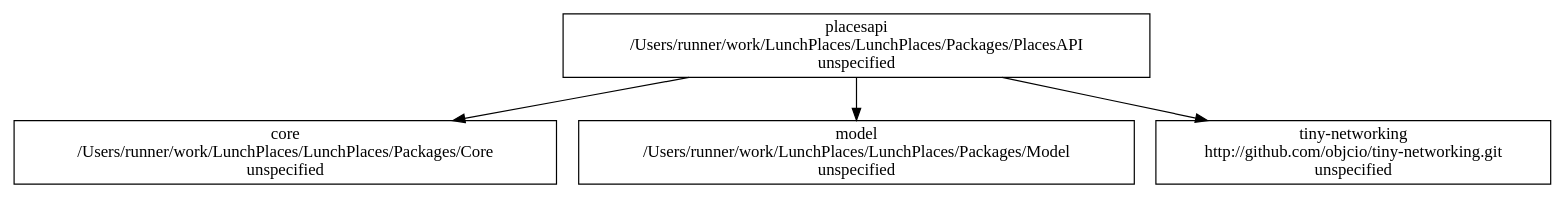
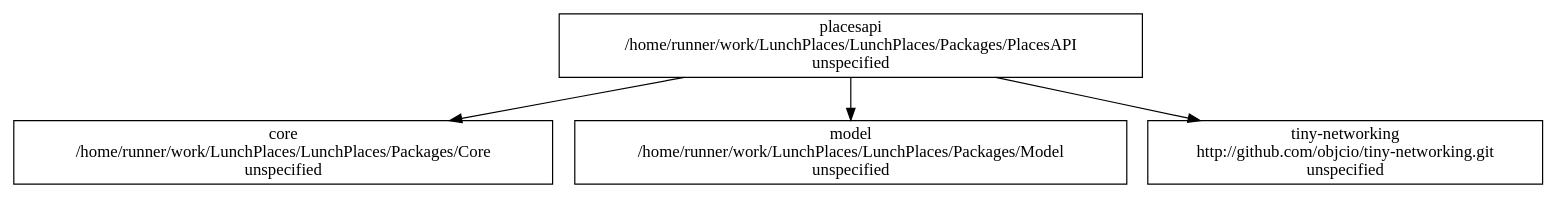
The diagram in Packages/PlacesAPI/images/dependencies.dot (mgacy/LunchPlaces), drawn with Graphviz before and after one commit. The commit also changed 7 other files, not shown here.

Commit message:
Update package dependency graphs

```diff
--- a/Packages/PlacesAPI/images/dependencies.dot
+++ b/Packages/PlacesAPI/images/dependencies.dot
@@ -1,10 +1,10 @@
 digraph DependenciesGraph {
 node [shape = box]
-"/Users/runner/work/LunchPlaces/LunchPlaces/Packages/PlacesAPI" [label="placesapi\n/Users/runner/work/LunchPlaces/LunchPlaces/Packages/PlacesAPI\nunspecified"]
-"/Users/runner/work/LunchPlaces/LunchPlaces/Packages/Core" [label="core\n/Users/runner/work/LunchPlaces/LunchPlaces/Packages/Core\nunspecified"]
-"/Users/runner/work/LunchPlaces/LunchPlaces/Packages/PlacesAPI" -> "/Users/runner/work/LunchPlaces/LunchPlaces/Packages/Core"
-"/Users/runner/work/LunchPlaces/LunchPlaces/Packages/Model" [label="model\n/Users/runner/work/LunchPlaces/LunchPlaces/Packages/Model\nunspecified"]
-"/Users/runner/work/LunchPlaces/LunchPlaces/Packages/PlacesAPI" -> "/Users/runner/work/LunchPlaces/LunchPlaces/Packages/Model"
+"/home/runner/work/LunchPlaces/LunchPlaces/Packages/PlacesAPI" [label="placesapi\n/home/runner/work/LunchPlaces/LunchPlaces/Packages/PlacesAPI\nunspecified"]
+"/home/runner/work/LunchPlaces/LunchPlaces/Packages/Core" [label="core\n/home/runner/work/LunchPlaces/LunchPlaces/Packages/Core\nunspecified"]
+"/home/runner/work/LunchPlaces/LunchPlaces/Packages/PlacesAPI" -> "/home/runner/work/LunchPlaces/LunchPlaces/Packages/Core"
+"/home/runner/work/LunchPlaces/LunchPlaces/Packages/Model" [label="model\n/home/runner/work/LunchPlaces/LunchPlaces/Packages/Model\nunspecified"]
+"/home/runner/work/LunchPlaces/LunchPlaces/Packages/PlacesAPI" -> "/home/runner/work/LunchPlaces/LunchPlaces/Packages/Model"
 "http://github.com/objcio/tiny-networking.git" [label="tiny-networking\nhttp://github.com/objcio/tiny-networking.git\nunspecified"]
-"/Users/runner/work/LunchPlaces/LunchPlaces/Packages/PlacesAPI" -> "http://github.com/objcio/tiny-networking.git"
+"/home/runner/work/LunchPlaces/LunchPlaces/Packages/PlacesAPI" -> "http://github.com/objcio/tiny-networking.git"
 }
```
